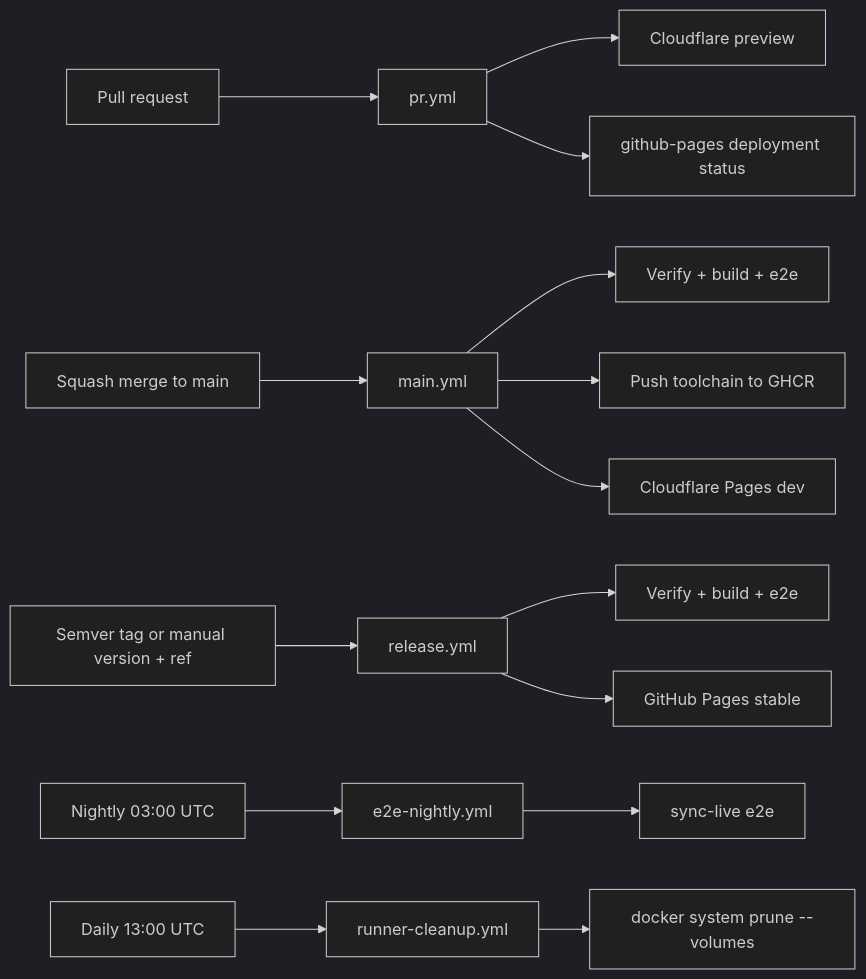
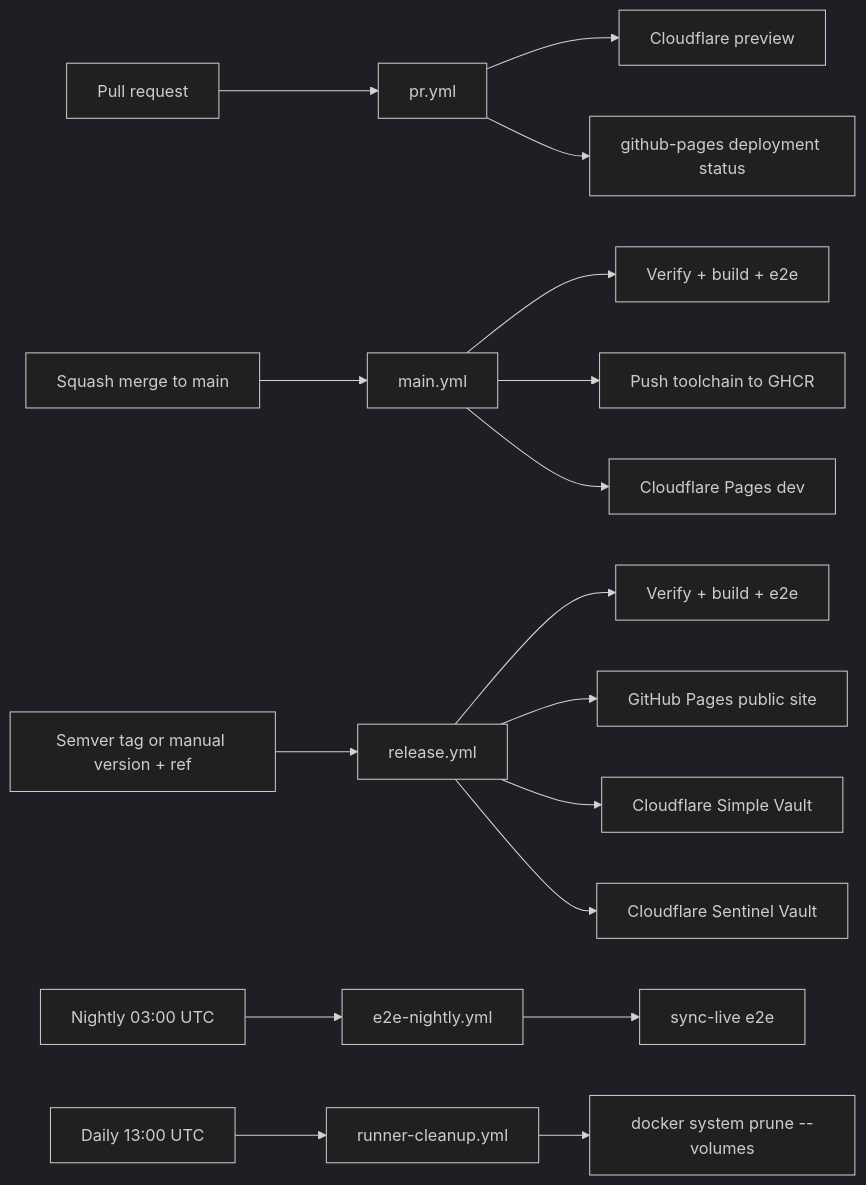
The diagram in .cortex/workflows/ci-pipeline.md (meta-secret/nook), drawn with Mermaid (dark theme) before and after one commit. The commit also changed other lines of this file and 284 other files, not shown here.

Commit message:
feat: isolate Simple and Sentinel vault applications

````diff
--- a/.cortex/workflows/ci-pipeline.md
+++ b/.cortex/workflows/ci-pipeline.md
@@ -17,21 +17,23 @@
 ```mermaid
 flowchart LR
   PR[Pull request] --> pr_yml[pr.yml]
   pr_yml --> preview[Cloudflare preview]
   pr_yml --> pr_deployment[github-pages deployment status]
 
   merge[Squash merge to main] --> main_yml[main.yml]
   main_yml --> main_verify[Verify + build + e2e]
   main_yml --> toolchain_push[Push toolchain to GHCR]
   main_yml --> cf_dev[Cloudflare Pages dev]
 
   release[Semver tag or manual version + ref] --> release_yml[release.yml]
   release_yml --> release_verify[Verify + build + e2e]
-  release_yml --> pages[GitHub Pages stable]
+  release_yml --> pages[GitHub Pages public site]
+  release_yml --> simple_cf[Cloudflare Simple Vault]
+  release_yml --> sentinel_cf[Cloudflare Sentinel Vault]
 
   cron[Nightly 03:00 UTC] --> nightly[e2e-nightly.yml]
   nightly --> e2e_live[sync-live e2e]
 
   cleanup_cron[Daily 13:00 UTC] --> cleanup[runner-cleanup.yml]
   cleanup --> docker_prune["docker system prune --volumes"]
 ```
````
